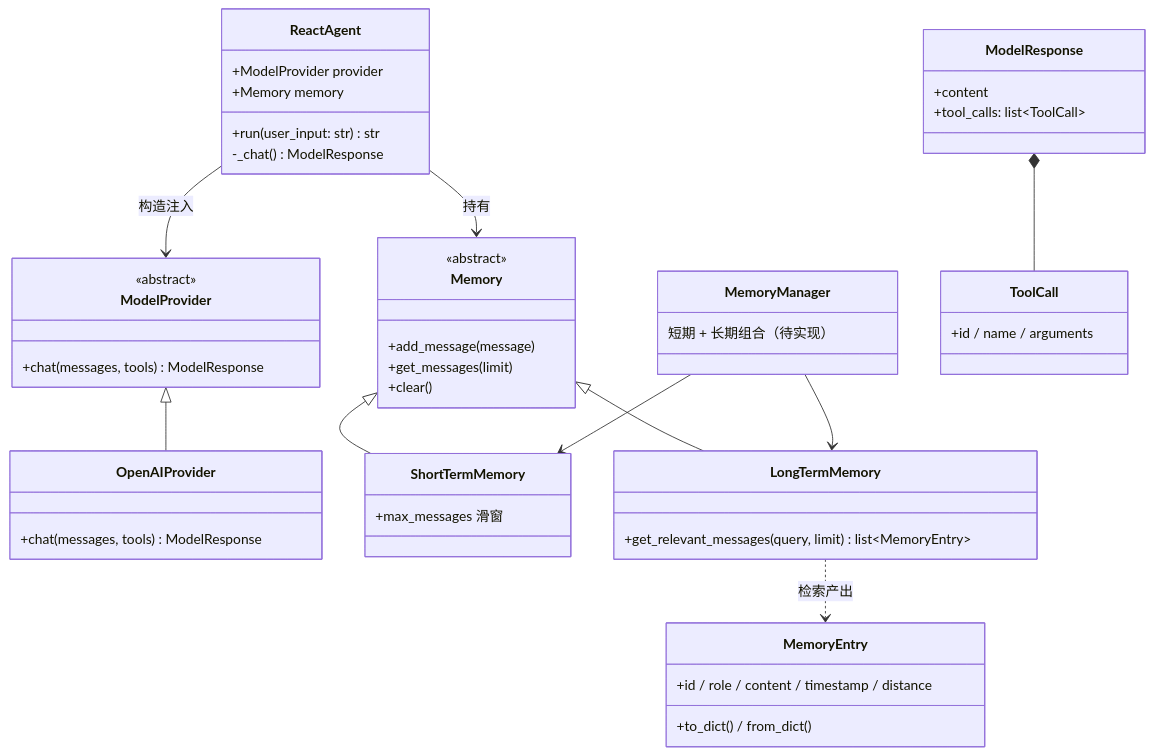
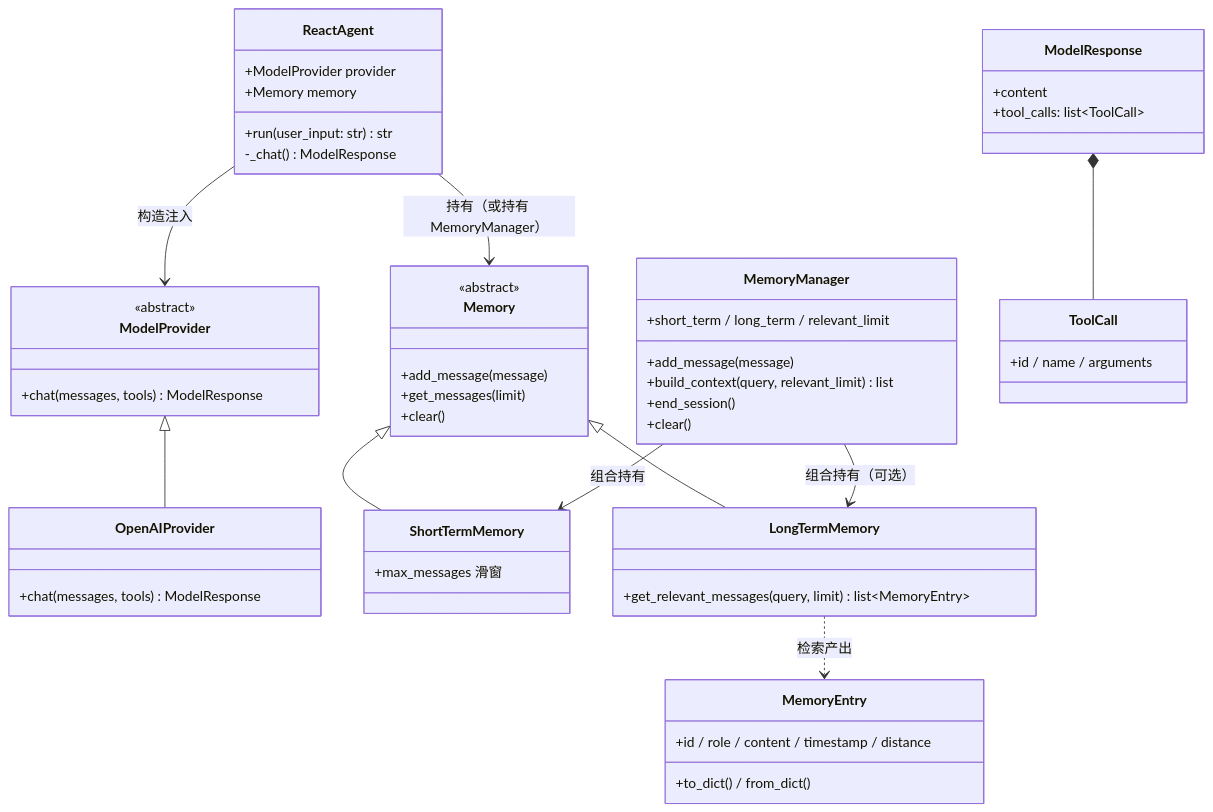
Before and after one commit to Mzys521/gearlink: the second of 4 diagrams in docs/架构设计.md, drawn with Mermaid. The commit also changed other lines of this file and 6 other files, not shown here.

````diff
--- a/docs/架构设计.md
+++ b/docs/架构设计.md
@@ -58,55 +58,59 @@
 ```mermaid
 classDiagram
     class ReactAgent {
         +ModelProvider provider
         +Memory memory
         +run(user_input: str) str
         -_chat() ModelResponse
     }
 
     class ModelProvider {
         <<abstract>>
         +chat(messages, tools) ModelResponse
     }
     class OpenAIProvider {
         +chat(messages, tools) ModelResponse
     }
 
     class Memory {
         <<abstract>>
         +add_message(message)
         +get_messages(limit)
         +clear()
     }
     class ShortTermMemory {
         +max_messages 滑窗
     }
     class LongTermMemory {
         +get_relevant_messages(query, limit) list~MemoryEntry~
     }
     class MemoryManager {
-        短期 + 长期组合（待实现）
+        +short_term / long_term / relevant_limit
+        +add_message(message)
+        +build_context(query, relevant_limit) list
+        +end_session()
+        +clear()
     }
     class MemoryEntry {
         +id / role / content / timestamp / distance
         +to_dict() / from_dict()
     }
 
     class ModelResponse {
         +content
         +tool_calls: list~ToolCall~
     }
     class ToolCall {
         +id / name / arguments
     }
 
     ModelProvider <|-- OpenAIProvider
     Memory <|-- ShortTermMemory
     Memory <|-- LongTermMemory
     ReactAgent --> ModelProvider : 构造注入
-    ReactAgent --> Memory : 持有
-    MemoryManager --> ShortTermMemory
-    MemoryManager --> LongTermMemory
+    ReactAgent --> Memory : 持有（或持有 MemoryManager）
+    MemoryManager --> ShortTermMemory : 组合持有
+    MemoryManager --> LongTermMemory : 组合持有（可选）
     LongTermMemory ..> MemoryEntry : 检索产出
     ModelResponse *-- ToolCall
 ```
````
